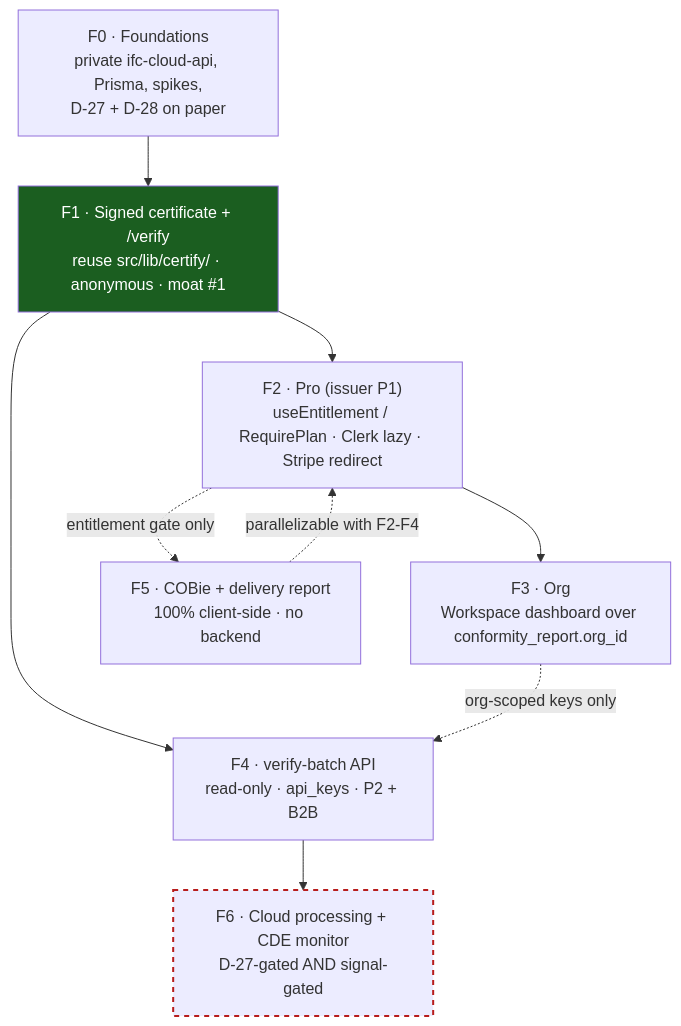
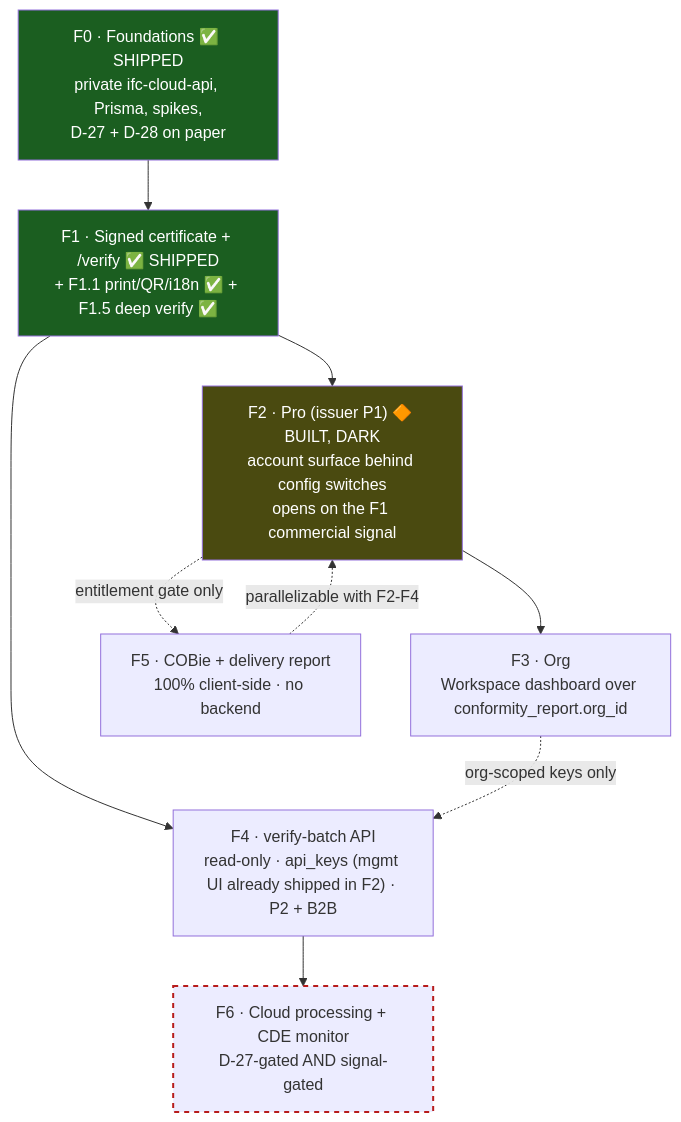
Before and after one commit to j03rul4nd/ifc-viewer-online: the diagram in docs/CDE_ROADMAP.md, drawn with Mermaid. The commit also changed other lines of this file, not shown here.

First line of the commit message:
docs(cde): roadmap as-built revision — F0/F1/F1.1/F1.5 shipped, F2 built-dark

````diff
--- a/docs/CDE_ROADMAP.md
+++ b/docs/CDE_ROADMAP.md
@@ -57,22 +66,24 @@
 ```mermaid
 graph TD
-    F0["F0 · Foundations<br/>private ifc-cloud-api, Prisma, spikes,<br/>D-27 + D-28 on paper"]
-    F1["F1 · Signed certificate + /verify<br/>reuse src/lib/certify/ · anonymous · moat #1"]
-    F2["F2 · Pro (issuer P1)<br/>useEntitlement / RequirePlan · Clerk lazy · Stripe redirect"]
+    F0["F0 · Foundations ✅ SHIPPED<br/>private ifc-cloud-api, Prisma, spikes,<br/>D-27 + D-28 on paper"]
+    F1["F1 · Signed certificate + /verify ✅ SHIPPED<br/>+ F1.1 print/QR/i18n ✅ + F1.5 deep verify ✅"]
+    F2["F2 · Pro (issuer P1) 🔶 BUILT, DARK<br/>account surface behind config switches<br/>opens on the F1 commercial signal"]
     F3["F3 · Org<br/>Workspace dashboard over conformity_report.org_id"]
-    F4["F4 · verify-batch API<br/>read-only · api_keys · P2 + B2B"]
+    F4["F4 · verify-batch API<br/>read-only · api_keys (mgmt UI already shipped in F2) · P2 + B2B"]
     F5["F5 · COBie + delivery report<br/>100% client-side · no backend"]
     F6["F6 · Cloud processing + CDE monitor<br/>D-27-gated AND signal-gated"]
 
     F0 --> F1
     F1 --> F2
     F2 --> F3
     F1 --> F4
     F2 -.entitlement gate only.-> F5
     F3 -.org-scoped keys only.-> F4
     F4 --> F6
     F5 -.parallelizable with F2-F4.-> F2
 
+    style F0 fill:#1b5e20,color:#fff
     style F1 fill:#1b5e20,color:#fff
+    style F2 fill:#4a4a10,color:#fff
     style F6 stroke-dasharray: 5 5,stroke:#b71c1c,stroke-width:2px
 ```
````
